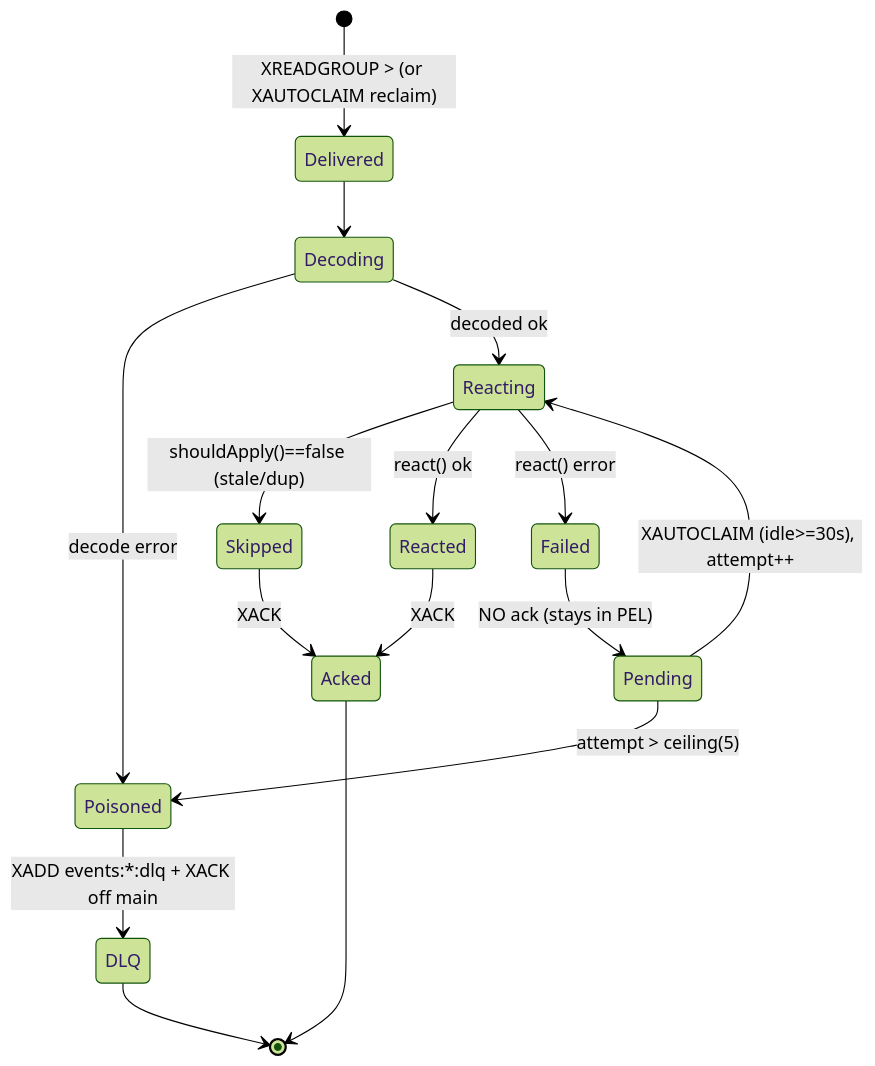
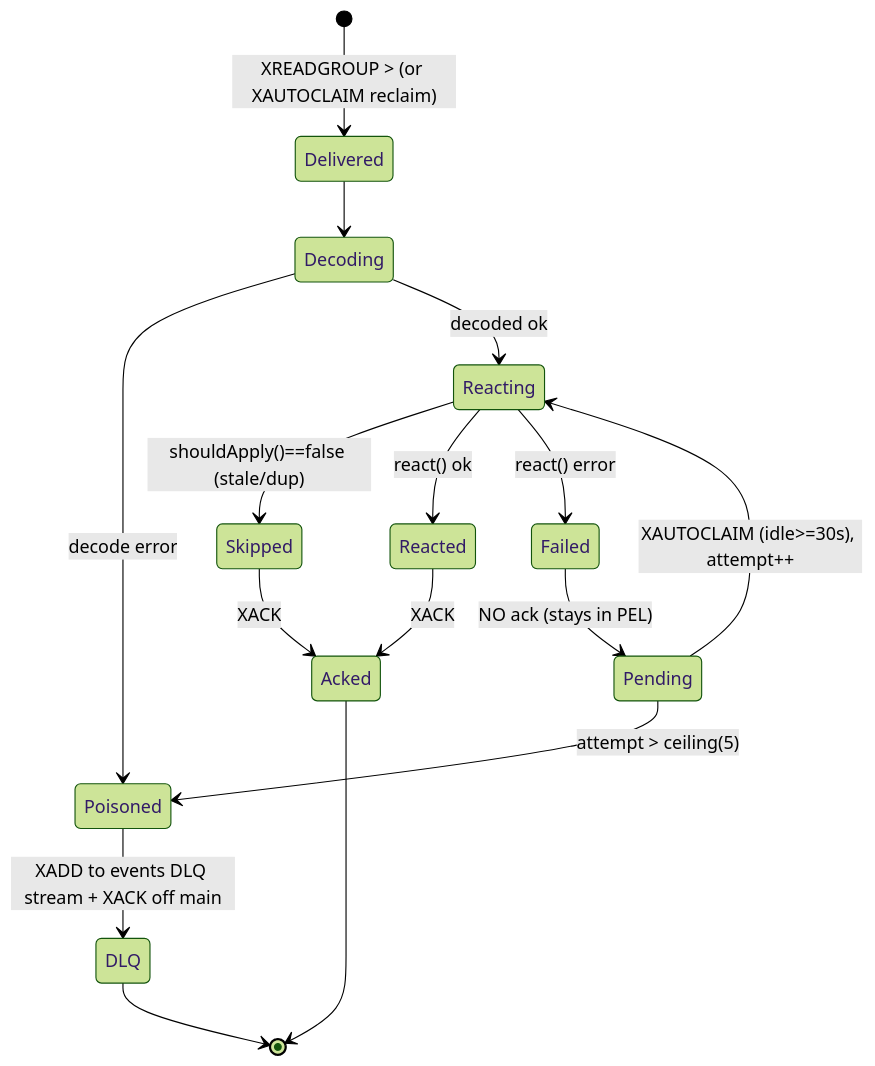
Before and after one commit to HelixDevelopment/helix_vpn: the second of 4 diagrams in docs/research/mvp/final/v03-control-plane/svc-events.md, drawn with Mermaid (forest theme). The commit also changed 284 other files, not shown here.

First line of the commit message:
docs(spec): mermaid rendering fix + workable-items DB + docs_chain wiring (§11.4.168/.93/.106)

````diff
--- a/docs/research/mvp/final/v03-control-plane/svc-events.md
+++ b/docs/research/mvp/final/v03-control-plane/svc-events.md
@@ -713,18 +713,18 @@
 ```mermaid
 stateDiagram-v2
     [*] --> Delivered: XREADGROUP > (or XAUTOCLAIM reclaim)
     Delivered --> Decoding
     Decoding --> Poisoned: decode error
     Decoding --> Reacting: decoded ok
     Reacting --> Skipped: shouldApply()==false (stale/dup)
     Reacting --> Reacted: react() ok
     Reacting --> Failed: react() error
     Skipped --> Acked: XACK
     Reacted --> Acked: XACK
     Failed --> Pending: NO ack (stays in PEL)
     Pending --> Reacting: XAUTOCLAIM (idle>=30s), attempt++
     Pending --> Poisoned: attempt > ceiling(5)
-    Poisoned --> DLQ: XADD events:*:dlq + XACK off main
+    Poisoned --> DLQ: XADD to events DLQ stream + XACK off main
     Acked --> [*]
     DLQ --> [*]
 ```
````
